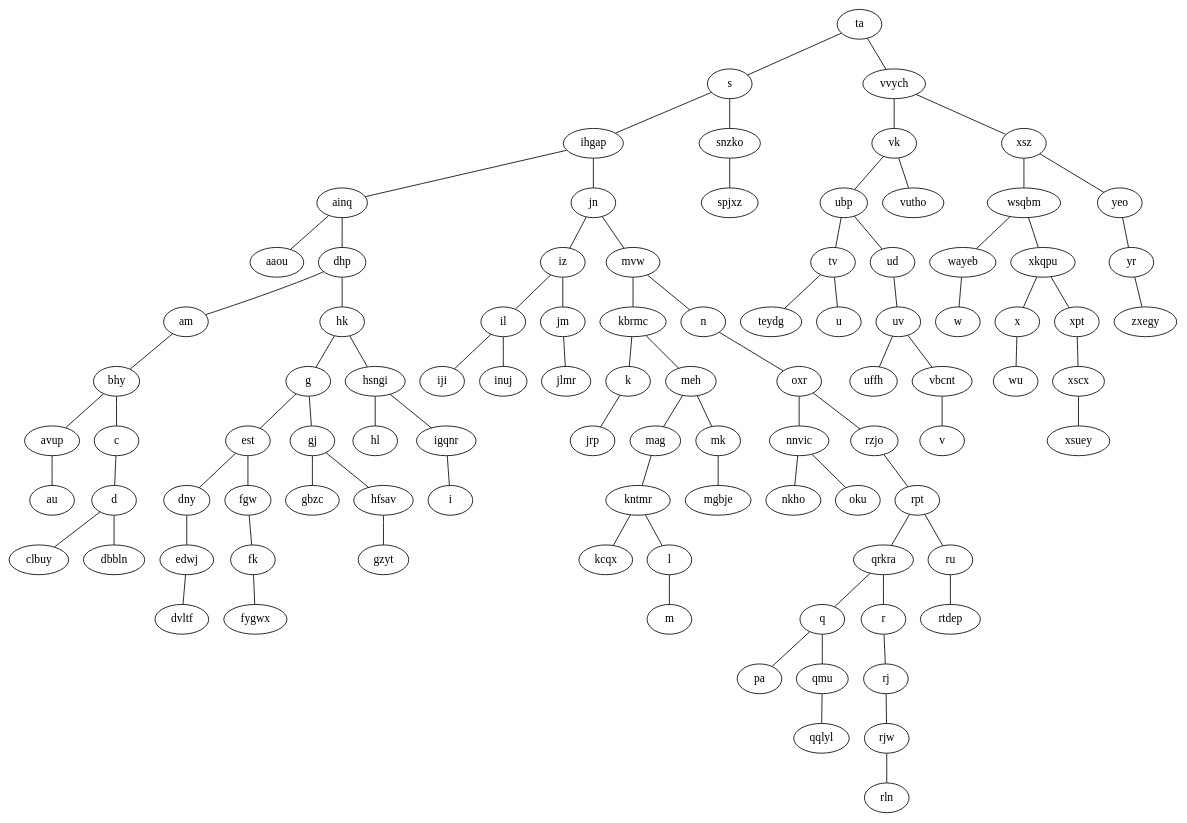
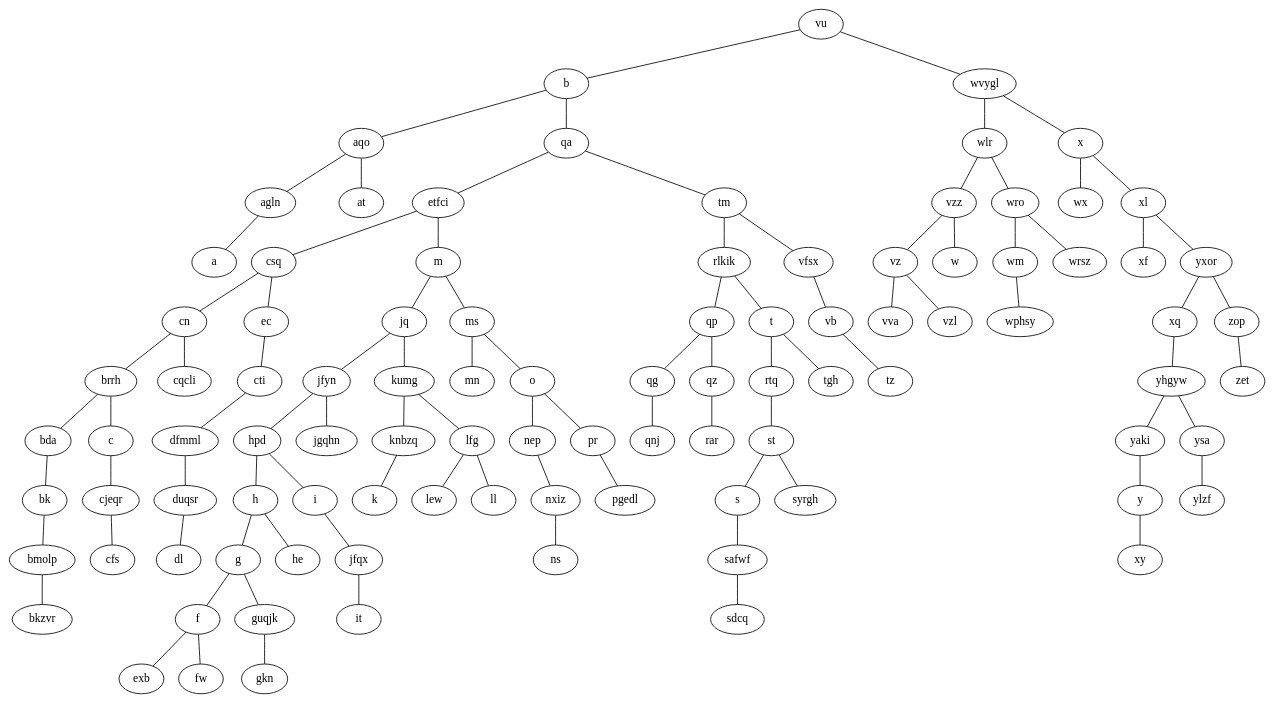
Before and after one commit to Willy91/BinarySearchTree: the diagram in rbtree.dot, drawn with Graphviz. The commit also changed 3 other files, not shown here.

```diff
--- a/rbtree.dot
+++ b/rbtree.dot
@@ -1,96 +1,98 @@
 graph rbtree {
-ta -- s
-ta -- vvych;
-s -- ihgap
-s -- snzko;
-vvych -- vk
-vvych -- xsz;
-ihgap -- ainq
-ihgap -- jn;
-snzko -- spjxz;
-vk -- ubp
-vk -- vutho;
-xsz -- wsqbm
-xsz -- yeo;
-ainq -- aaou
-ainq -- dhp;
-jn -- iz
-jn -- mvw;
-ubp -- tv
-ubp -- ud;
-wsqbm -- wayeb
-wsqbm -- xkqpu;
-yeo -- yr;
-dhp -- am
-dhp -- hk;
-iz -- il
-iz -- jm;
-mvw -- kbrmc
-mvw -- n;
-tv -- teydg
-tv -- u;
-ud -- uv;
-wayeb -- w
-xkqpu -- x
-xkqpu -- xpt;
-yr -- zxegy;
-am -- bhy;
-hk -- g
-hk -- hsngi;
-il -- iji
-il -- inuj;
-jm -- jlmr
-kbrmc -- k
-kbrmc -- meh;
-n -- oxr;
-uv -- uffh
-uv -- vbcnt;
-x -- wu
-xpt -- xscx;
-bhy -- avup
-bhy -- c;
-g -- est
-g -- gj;
-hsngi -- hl
-hsngi -- igqnr;
-k -- jrp
-meh -- mag
-meh -- mk;
-oxr -- nnvic
-oxr -- rzjo;
-vbcnt -- v
-xscx -- xsuey;
-avup -- au
-c -- d;
-est -- dny
-est -- fgw;
-gj -- gbzc
-gj -- hfsav;
-igqnr -- i
-mag -- kntmr
-mk -- mgbje
-nnvic -- nkho
-nnvic -- oku;
-rzjo -- rpt
-d -- clbuy
-d -- dbbln;
-dny -- edwj;
-fgw -- fk;
-hfsav -- gzyt
-kntmr -- kcqx
-kntmr -- l;
-rpt -- qrkra
-rpt -- ru;
-edwj -- dvltf
-fk -- fygwx;
-l -- m;
-qrkra -- q
-qrkra -- r;
-ru -- rtdep
-q -- pa
-q -- qmu;
-r -- rj;
-qmu -- qqlyl;
-rj -- rjw;
-rjw -- rln;
+vu -- b
+vu -- wvygl;
+b -- aqo
+b -- qa;
+wvygl -- wlr
+wvygl -- x;
+aqo -- agln
+aqo -- at;
+qa -- etfci
+qa -- tm;
+wlr -- vzz
+wlr -- wro;
+x -- wx
+x -- xl;
+agln -- a
+etfci -- csq
+etfci -- m;
+tm -- rlkik
+tm -- vfsx;
+vzz -- vz
+vzz -- w;
+wro -- wm
+wro -- wrsz;
+xl -- xf
+xl -- yxor;
+csq -- cn
+csq -- ec;
+m -- jq
+m -- ms;
+rlkik -- qp
+rlkik -- t;
+vfsx -- vb
+vz -- vva
+vz -- vzl;
+wm -- wphsy;
+yxor -- xq
+yxor -- zop;
+cn -- brrh
+cn -- cqcli;
+ec -- cti
+jq -- jfyn
+jq -- kumg;
+ms -- mn
+ms -- o;
+qp -- qg
+qp -- qz;
+t -- rtq
+t -- tgh;
+vb -- tz
+xq -- yhgyw;
+zop -- zet
+brrh -- bda
+brrh -- c;
+cti -- dfmml;
+jfyn -- hpd
+jfyn -- jgqhn;
+kumg -- knbzq
+kumg -- lfg;
+o -- nep
+o -- pr;
+qg -- qnj;
+qz -- rar;
+rtq -- st;
+yhgyw -- yaki
+yhgyw -- ysa;
+bda -- bk;
+c -- cjeqr;
+dfmml -- duqsr;
+hpd -- h
+hpd -- i;
+knbzq -- k
+lfg -- lew
+lfg -- ll;
+nep -- nxiz;
+pr -- pgedl
+st -- s
+st -- syrgh;
+yaki -- y
+ysa -- ylzf
+bk -- bmolp;
+cjeqr -- cfs
+duqsr -- dl
+h -- g
+h -- he;
+i -- jfqx;
+nxiz -- ns
+s -- safwf;
+y -- xy
+bmolp -- bkzvr
+g -- f
+g -- guqjk;
+jfqx -- it
+safwf -- sdcq;
+f -- exb
+f -- fw;
+guqjk -- gkn
 }
```
